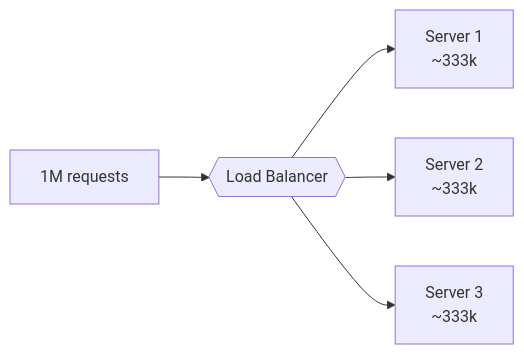
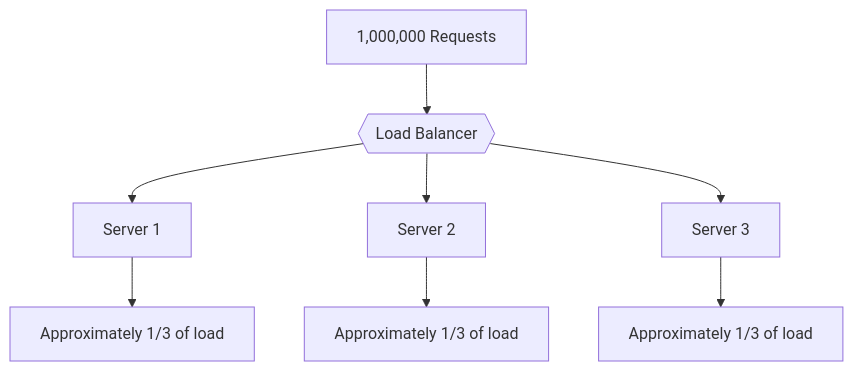
The eighth of 17 diagrams in 09_distributed_computing/README.md (HARRISAMIN432/system-design-hld), drawn with Mermaid before and after one commit. The commit also changed other lines of this file and 11 other files, not shown here.

````diff
--- a/09_distributed_computing/README.md
+++ b/09_distributed_computing/README.md
@@ -91,7 +428,12 @@
 ```mermaid
-flowchart LR
-    R["1M requests"] --> LB{{"Load Balancer"}}
-    LB --> S1["Server 1<br/>~333k"]
-    LB --> S2["Server 2<br/>~333k"]
-    LB --> S3["Server 3<br/>~333k"]
+flowchart TB
+    R["1,000,000 Requests"] --> LB{{"Load Balancer"}}
+    
+    LB --> S1["Server 1"]
+    LB --> S2["Server 2"]
+    LB --> S3["Server 3"]
+    
+    S1 --> P1["Approximately 1/3 of load"]
+    S2 --> P2["Approximately 1/3 of load"]
+    S3 --> P3["Approximately 1/3 of load"]
 ```
````
